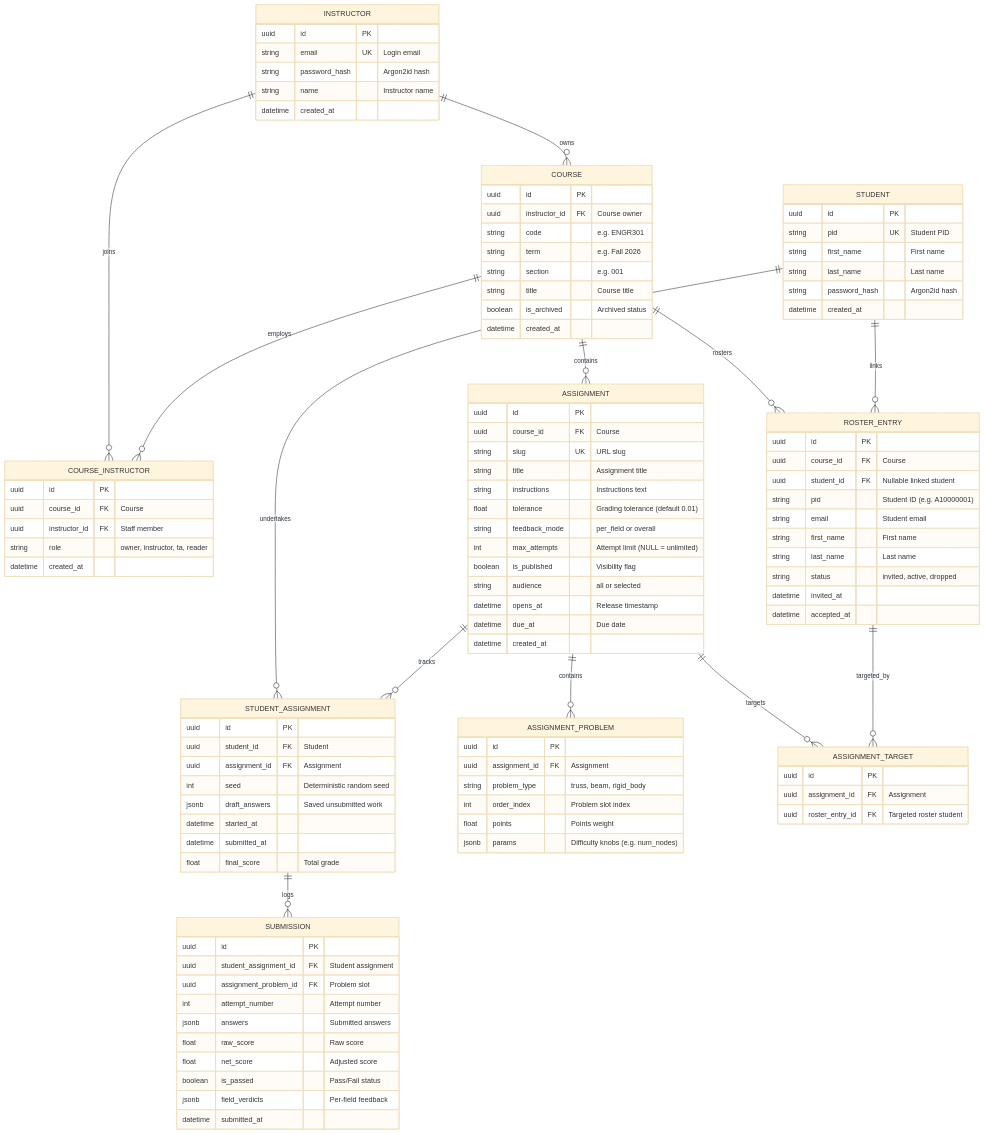
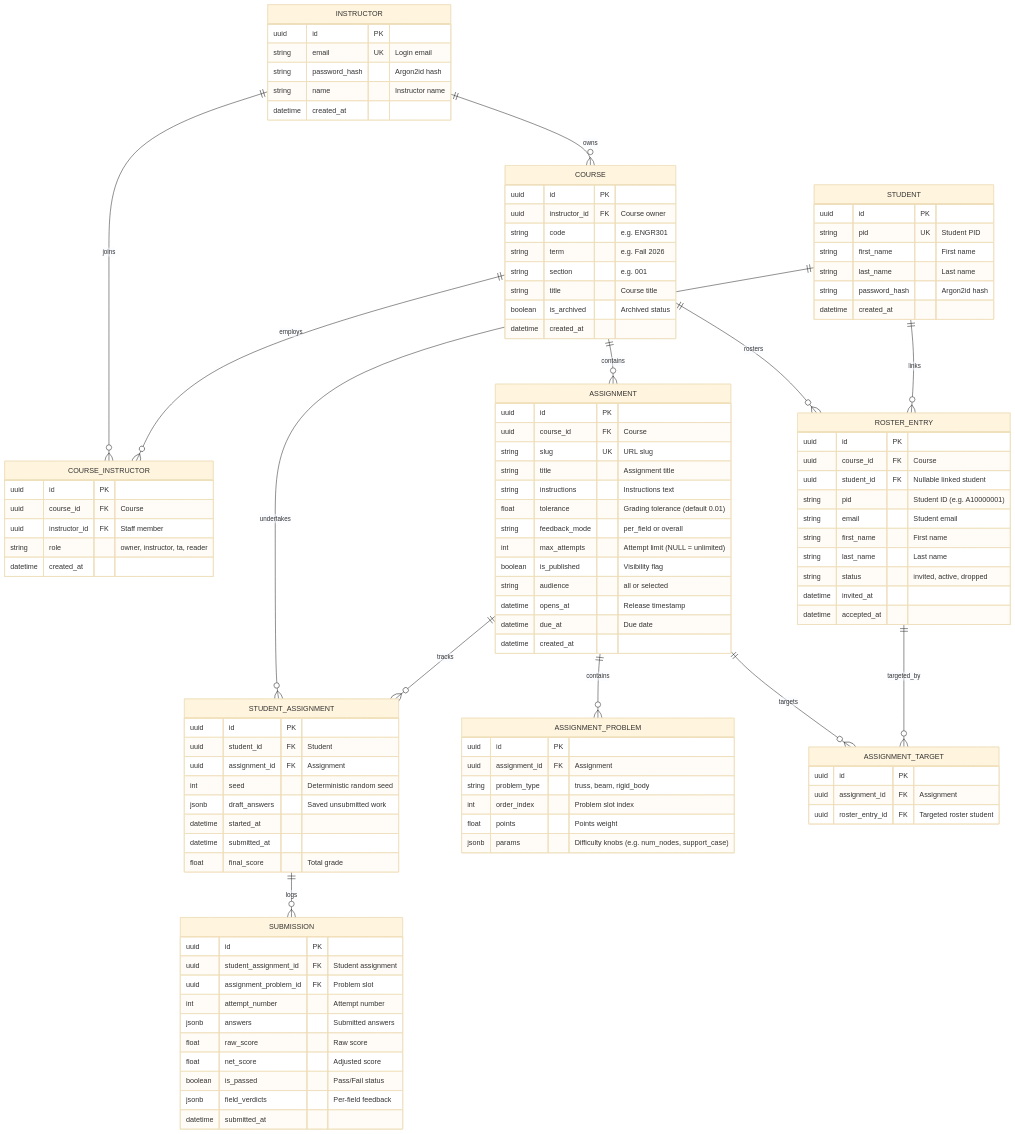
The diagram in backend/README.md (koshster/matlab-migration), drawn with Mermaid (base theme) before and after one commit. The commit also changed other lines of this file and 6 other files, not shown here.

```diff
--- a/backend/README.md
+++ b/backend/README.md
@@ -149,7 +168,7 @@
         string problem_type "truss, beam, rigid_body"
         int order_index "Problem slot index"
         float points "Points weight"
-        jsonb params "Difficulty knobs (e.g. num_nodes)"
+        jsonb params "Difficulty knobs (e.g. num_nodes, support_case)"
     }
 
     ASSIGNMENT_TARGET {
```
